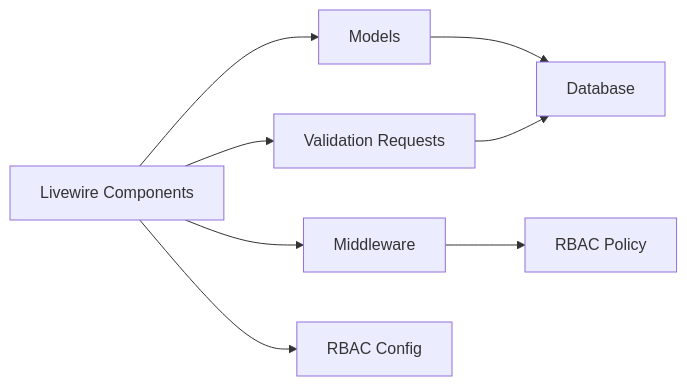
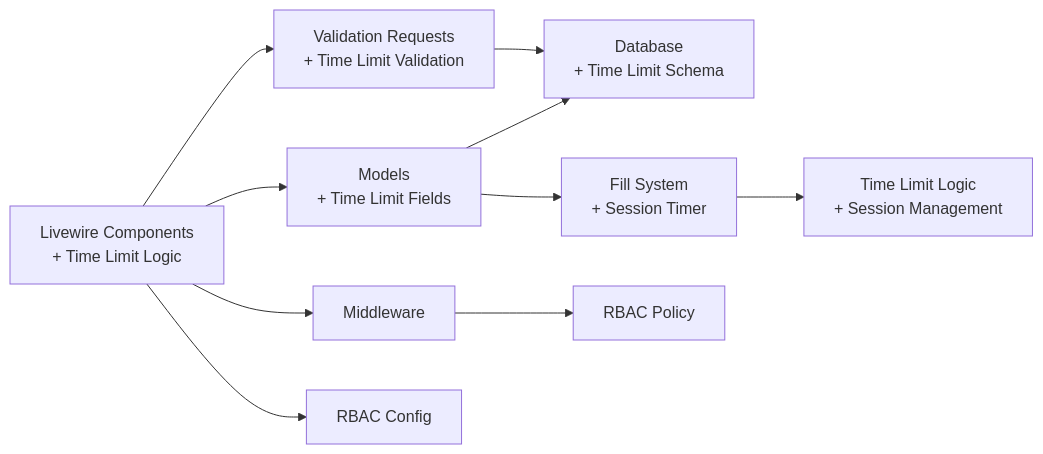
Diagram 11 of 11 in .qoder/repowiki/en/content/Livewire Components/Admin Components.md (rudicatsmile/assesment360), drawn with Mermaid before and after one commit. The commit also changed other lines of this file and 6 other files, not shown here.

````diff
--- a/.qoder/repowiki/en/content/Livewire Components/Admin Components.md
+++ b/.qoder/repowiki/en/content/Livewire Components/Admin Components.md
@@ -481,10 +476,12 @@
 ```mermaid
 graph LR
-LW["Livewire Components"] --> M["Models"]
-LW --> RQ["Validation Requests"]
+LW["Livewire Components<br/>+ Time Limit Logic"] --> M["Models<br/>+ Time Limit Fields"]
+LW --> RQ["Validation Requests<br/>+ Time Limit Validation"]
 LW --> MW["Middleware"]
 LW --> CFG["RBAC Config"]
-M --> DB["Database"]
+M --> DB["Database<br/>+ Time Limit Schema"]
+M --> FILL["Fill System<br/>+ Session Timer"]
 RQ --> DB
 MW --> RBAC["RBAC Policy"]
+FILL --> TIME["Time Limit Logic<br/>+ Session Management"]
 ```
````
